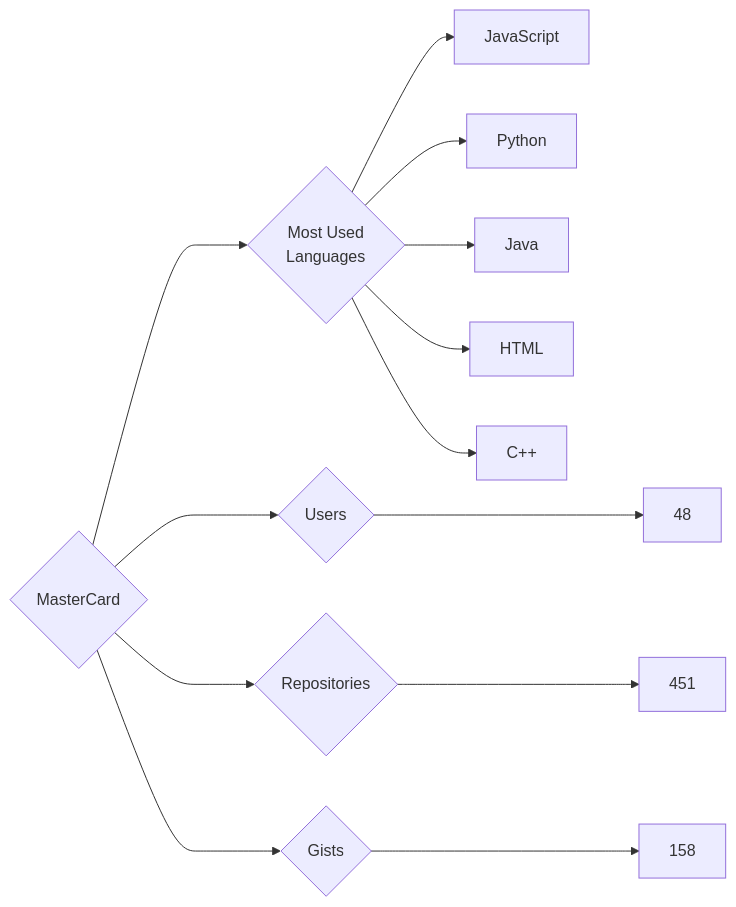
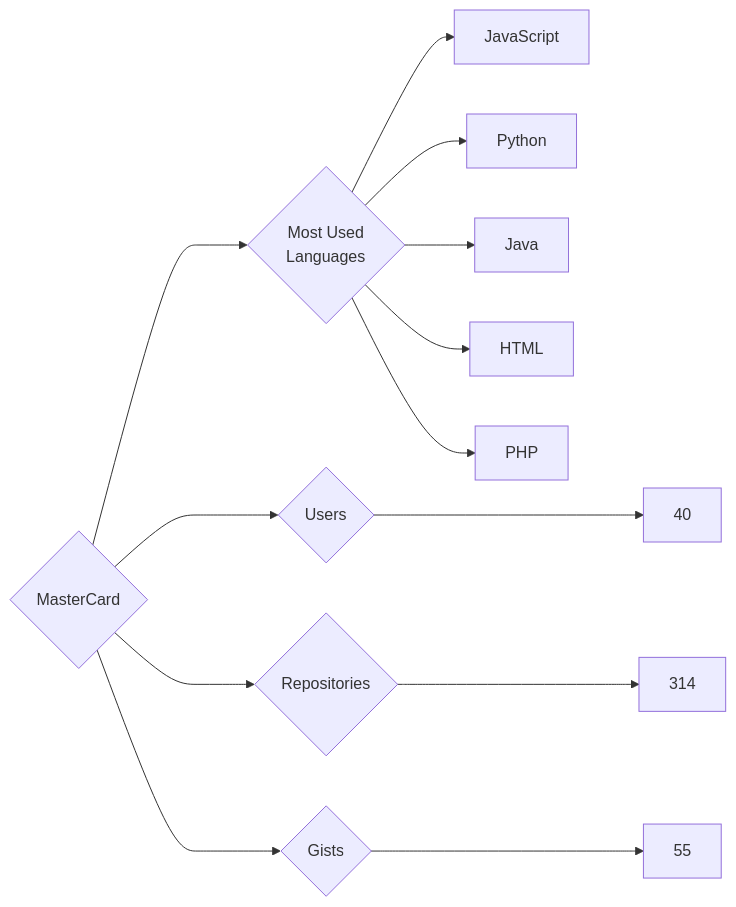
Before and after one commit to trickest/insiders: the diagram in targets/MasterCard/README.md, drawn with Mermaid. The commit also changed 955 other files, not shown here.

````diff
--- a/targets/MasterCard/README.md
+++ b/targets/MasterCard/README.md
@@ -3,13 +3,13 @@
 ```mermaid
 graph LR
 COMPANY_NAME{MasterCard}
-COMPANY_NAME ---> U{Users} ---> UN[48]
-COMPANY_NAME ---> R{Repositories} ---> RN[451]
-COMPANY_NAME ---> G{Gists} ---> GN[158]
+COMPANY_NAME ---> U{Users} ---> UN[40]
+COMPANY_NAME ---> R{Repositories} ---> RN[314]
+COMPANY_NAME ---> G{Gists} ---> GN[55]
 COMPANY_NAME ---> ML{Most Used<br>Languages}
 ML --> JavaScript[JavaScript]
 ML --> Python[Python]
 ML --> Java[Java]
 ML --> HTML[HTML]
-ML --> C++[C++]
+ML --> PHP[PHP]
 ```
````
